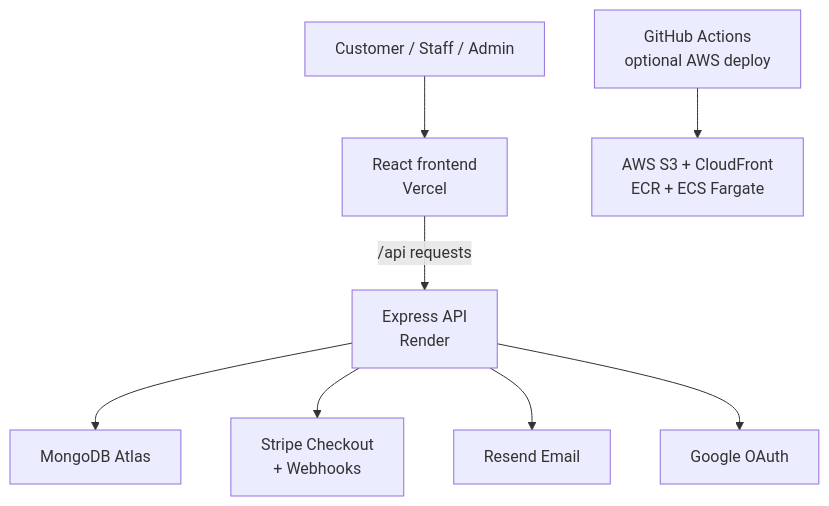
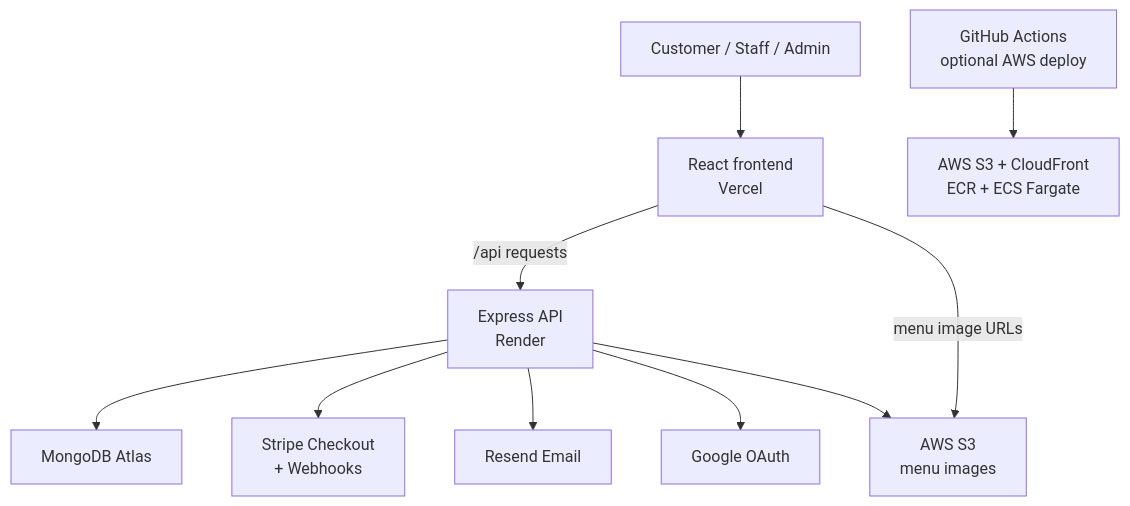
Before and after one commit to xiudou401/burger: the diagram in README.md, drawn with Mermaid. The commit also changed other lines of this file and 4 other files, not shown here.

Commit message:
Use S3 URLs for menu images

````diff
--- a/README.md
+++ b/README.md
@@ -358,11 +359,13 @@
 ```mermaid
 flowchart TD
   user["Customer / Staff / Admin"] --> frontend["React frontend<br/>Vercel"]
   frontend -->|"/api requests"| api["Express API<br/>Render"]
   api --> mongo["MongoDB Atlas"]
   api --> stripe["Stripe Checkout<br/>+ Webhooks"]
   api --> resend["Resend Email"]
   api --> google["Google OAuth"]
+  api --> s3Images["AWS S3<br/>menu images"]
+  frontend -->|menu image URLs| s3Images
 
   github["GitHub Actions<br/>optional AWS deploy"] --> aws["AWS S3 + CloudFront<br/>ECR + ECS Fargate"]
 ```
````
